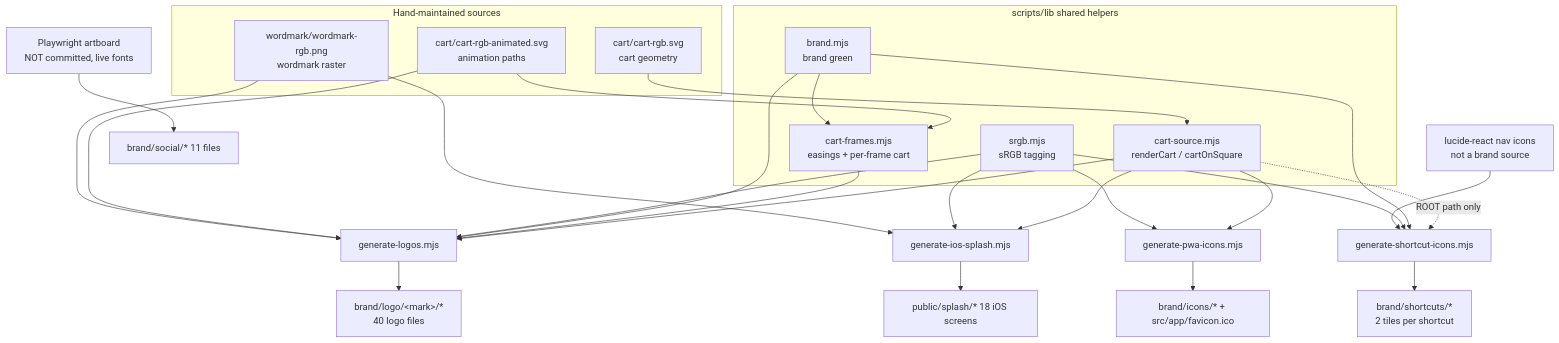
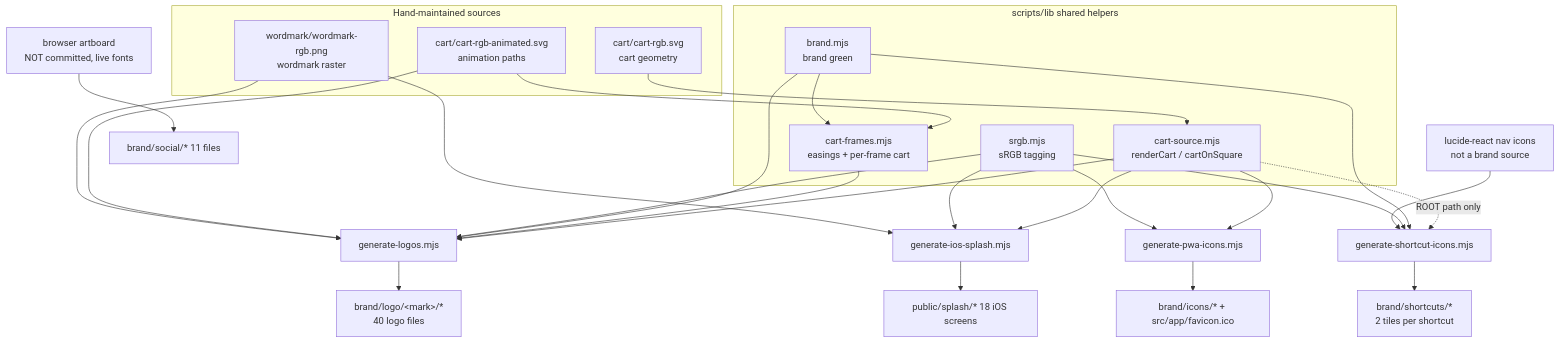
One commit to OffCrazyFreak/Disscount changed the first of 2 diagrams in docs/BRAND.md. Above: the diagram before and after it, drawn with Mermaid. The commit also changed other lines of this file and 1 other file, not shown here.

First line of the commit message:
docs: Stop naming Playwright as the browser tool

````diff
--- a/docs/BRAND.md
+++ b/docs/BRAND.md
@@ -53,34 +53,34 @@
 ```mermaid
 flowchart TD
     subgraph Sources[Hand-maintained sources]
         S1[cart/cart-rgb.svg<br/>cart geometry]
         S2[cart/cart-rgb-animated.svg<br/>animation paths]
         S3[wordmark/wordmark-rgb.png<br/>wordmark raster]
     end
     subgraph Shared[scripts/lib shared helpers]
         L1[cart-source.mjs<br/>renderCart / cartOnSquare]
         L2[cart-frames.mjs<br/>easings + per-frame cart]
         L3[brand.mjs<br/>brand green]
         L4[srgb.mjs<br/>sRGB tagging]
     end
     S1 --> L1
     S2 --> L2
     L3 --> L2
     G1[generate-logos.mjs]
     G2[generate-pwa-icons.mjs]
     G3[generate-ios-splash.mjs]
     G4[generate-shortcut-icons.mjs]
     L1 --> G1 & G2 & G3
     L1 -.->|ROOT path only| G4
     L2 --> G1
     L3 --> G1 & G4
     L4 --> G1 & G2 & G3 & G4
     S2 --> G1
     S3 --> G1 & G3
     Lucide[lucide-react nav icons<br/>not a brand source] --> G4
     G1 --> O1[brand/logo/&lt;mark&gt;/*<br/>40 logo files]
     G2 --> O2[brand/icons/* + src/app/favicon.ico]
     G3 --> O3[public/splash/* 18 iOS screens]
     G4 --> O5[brand/shortcuts/*<br/>2 tiles per shortcut]
-    Artboard[Playwright artboard<br/>NOT committed, live fonts] --> O4[brand/social/* 11 files]
+    Artboard[browser artboard<br/>NOT committed, live fonts] --> O4[brand/social/* 11 files]
 ```
````
